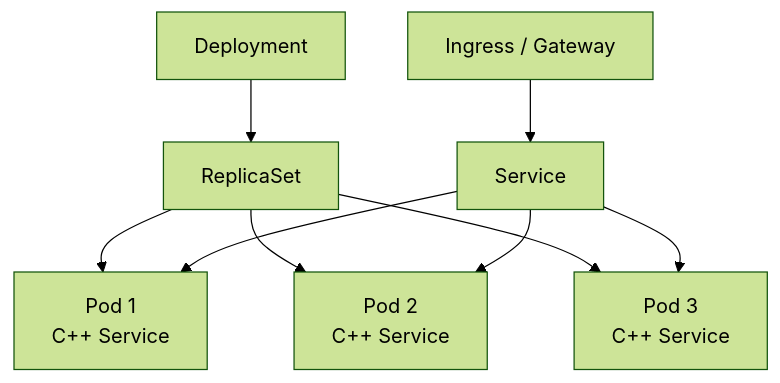
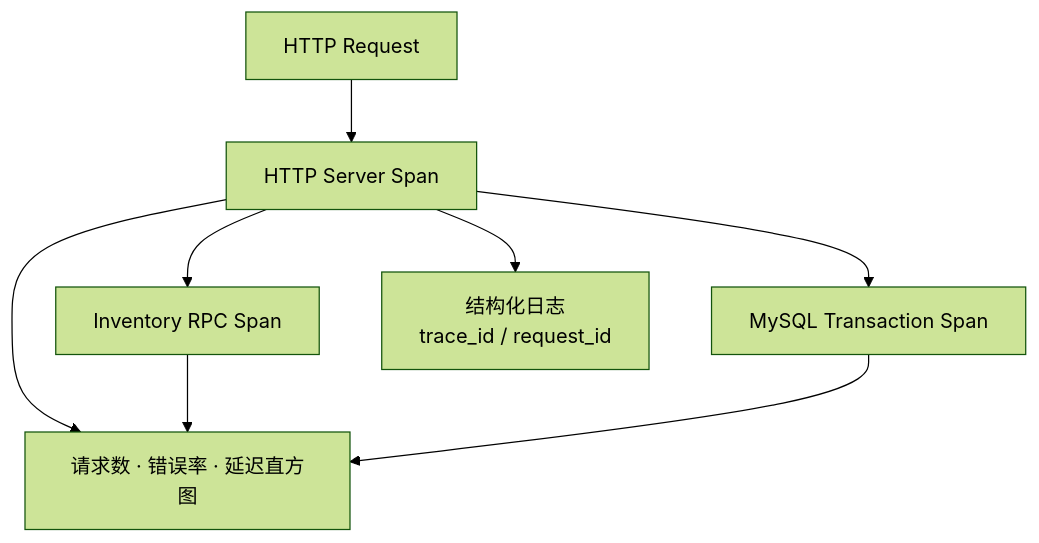
One commit to Fizgrad/fizgrad.github.io changed the eighth of 11 diagrams in blog/cpp_backend.md. Above: the diagram before and after it, drawn with Mermaid (forest theme). The commit also changed other lines of this file and 1 other file, not shown here.

````diff
--- a/blog/cpp_backend.md
+++ b/blog/cpp_backend.md
@@ -2061,11 +1124,10 @@
 ```mermaid
 flowchart TB
-    D["Deployment"] --> RS["ReplicaSet"]
-    RS --> P1["Pod 1<br/>C++ Service"]
-    RS --> P2["Pod 2<br/>C++ Service"]
-    RS --> P3["Pod 3<br/>C++ Service"]
-    S["Service"] --> P1
-    S --> P2
-    S --> P3
-    I["Ingress / Gateway"] --> S
+    REQUEST["HTTP Request"] --> HTTP_SPAN["HTTP Server Span"]
+    HTTP_SPAN --> RPC_SPAN["Inventory RPC Span"]
+    HTTP_SPAN --> DB_SPAN["MySQL Transaction Span"]
+    HTTP_SPAN --> LOG["结构化日志<br/>trace_id / request_id"]
+    HTTP_SPAN --> METRIC["请求数 · 错误率 · 延迟直方图"]
+    RPC_SPAN --> METRIC
+    DB_SPAN --> METRIC
 ```
````
